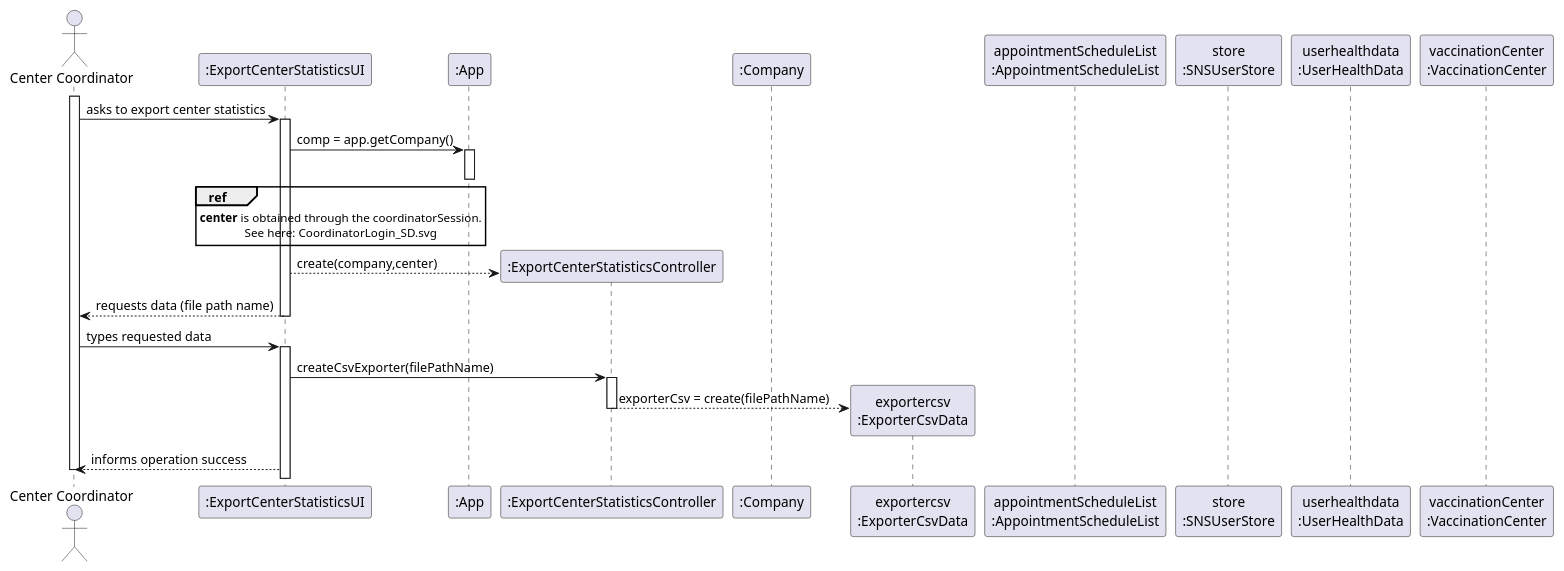
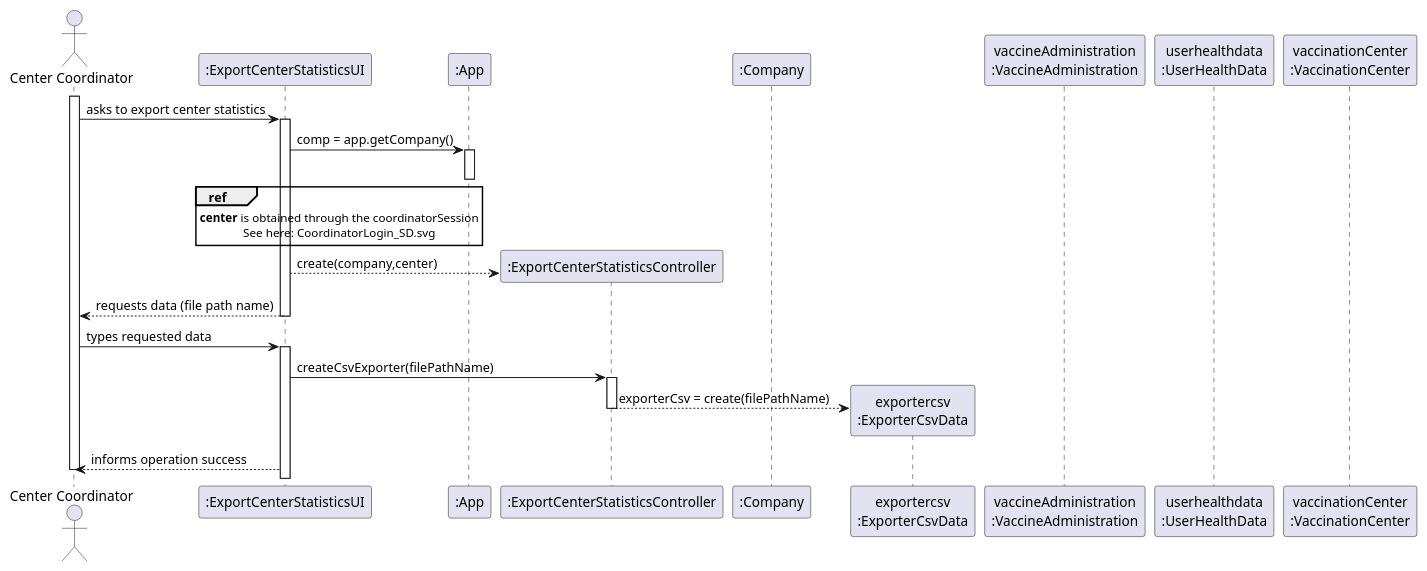
One commit to miseEnPlace-i/lapr2 changed the diagram in docs/SprintD/US15/SD/US15_SD.puml. Above: the diagram before and after it, drawn with PlantUML. The commit also changed 3 other files, not shown here.

```diff
--- a/docs/SprintD/US15/SD/US15_SD.puml
+++ b/docs/SprintD/US15/SD/US15_SD.puml
@@ -1,46 +1,45 @@
 @startuml US15_SD
 
 actor "Center Coordinator" as COORDINATOR
 
 participant ":ExportCenterStatisticsUI" as UI
 participant ":App" as APP
 participant ":ExportCenterStatisticsController" as CTRL
 participant ":Company" as COMP
 participant "exportercsv\n:ExporterCsvData" as EXPORTER
-participant "appointmentScheduleList\n:AppointmentScheduleList" as APPLIST
-participant "store\n:SNSUserStore" as USERSTORE
+participant "vaccineAdministration\n:VaccineAdministration" as VACADMIN
 participant "userhealthdata\n:UserHealthData" as USERDATA
 participant "vaccinationCenter\n:VaccinationCenter" as CENTER
 
 
 activate COORDINATOR
 COORDINATOR -> UI : asks to export center statistics
 activate UI
 
 UI -> APP : comp = app.getCompany()
 activate APP
 deactivate APP
 
 ref over UI 
-**center** is obtained through the coordinatorSession.
+**center** is obtained through the coordinatorSession
 See here: CoordinatorLogin_SD.svg
 end ref
 UI --> CTRL** : create(company,center)
 
 UI --> COORDINATOR : requests data (file path name)
 deactivate UI
 
 COORDINATOR -> UI : types requested data
 activate UI
 
 UI -> CTRL : createCsvExporter(filePathName)
 activate CTRL
 
 CTRL --> EXPORTER** : exporterCsv = create(filePathName)
 deactivate CTRL
 
 UI --> COORDINATOR : informs operation success
 
 deactivate COORDINATOR 
 
 @enduml
```
